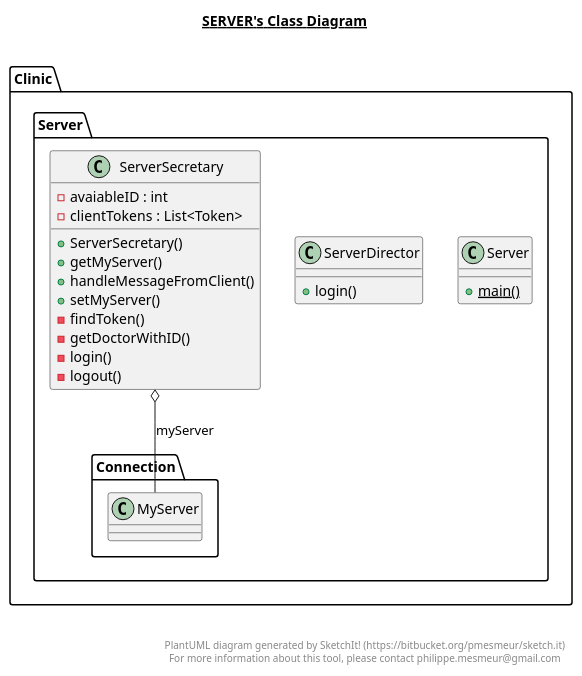
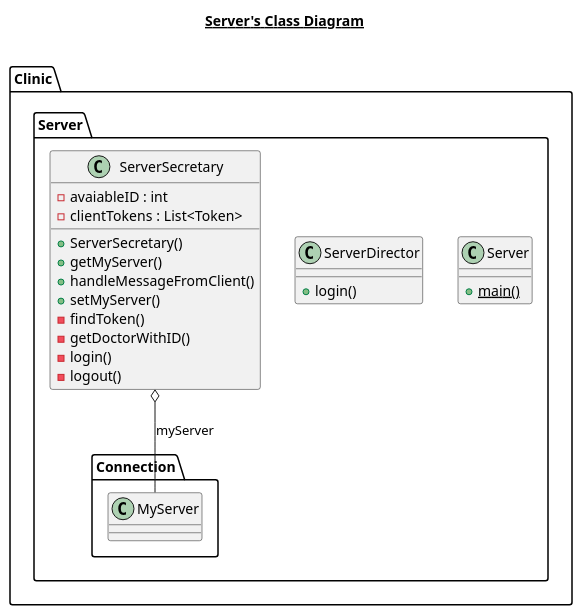
The diagram in src/Clinic/Server/Server.plantuml (AidanJohnston/Omar), drawn with PlantUML before and after one commit. The commit also changed 5 other files, not shown here.

Commit message:
Updated uml

```diff
--- a/src/Clinic/Server/Server.plantuml
+++ b/src/Clinic/Server/Server.plantuml
@@ -1,45 +1,37 @@
 @startuml
 
-title __SERVER's Class Diagram__\n
+title __Server's Class Diagram__\n
 
   namespace Clinic.Server {
     class Clinic.Server.Server {
         {static} + main()
     }
   }
   
 
   namespace Clinic.Server {
     class Clinic.Server.ServerDirector {
         + login()
     }
   }
   
 
   namespace Clinic.Server {
     class Clinic.Server.ServerSecretary {
         - avaiableID : int
         - clientTokens : List<Token>
         + ServerSecretary()
         + getMyServer()
         + handleMessageFromClient()
         + setMyServer()
         - findToken()
         - getDoctorWithID()
         - login()
         - logout()
     }
   }
   
 
   Clinic.Server.ServerSecretary o-- Clinic.Server.Connection.MyServer : myServer
 
-
-right footer
-
-
-PlantUML diagram generated by SketchIt! (https://bitbucket.org/pmesmeur/sketch.it)
-For more information about this tool, please contact philippe.mesmeur@gmail.com
-endfooter
-
 @enduml
```
